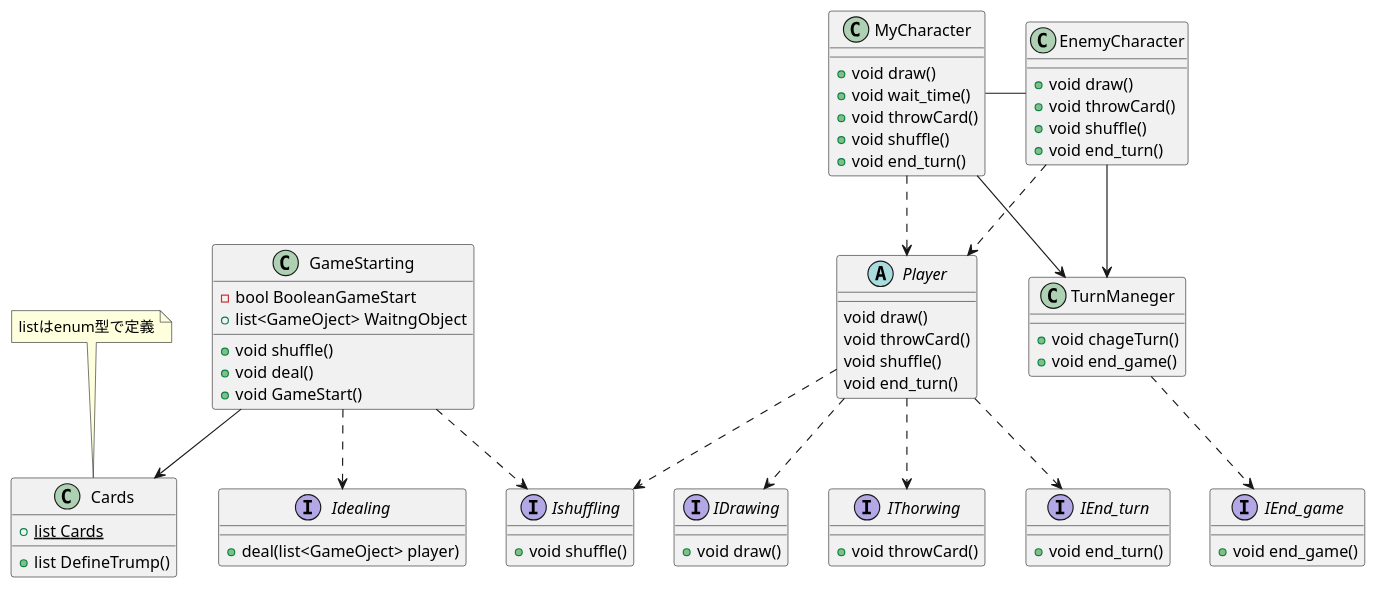
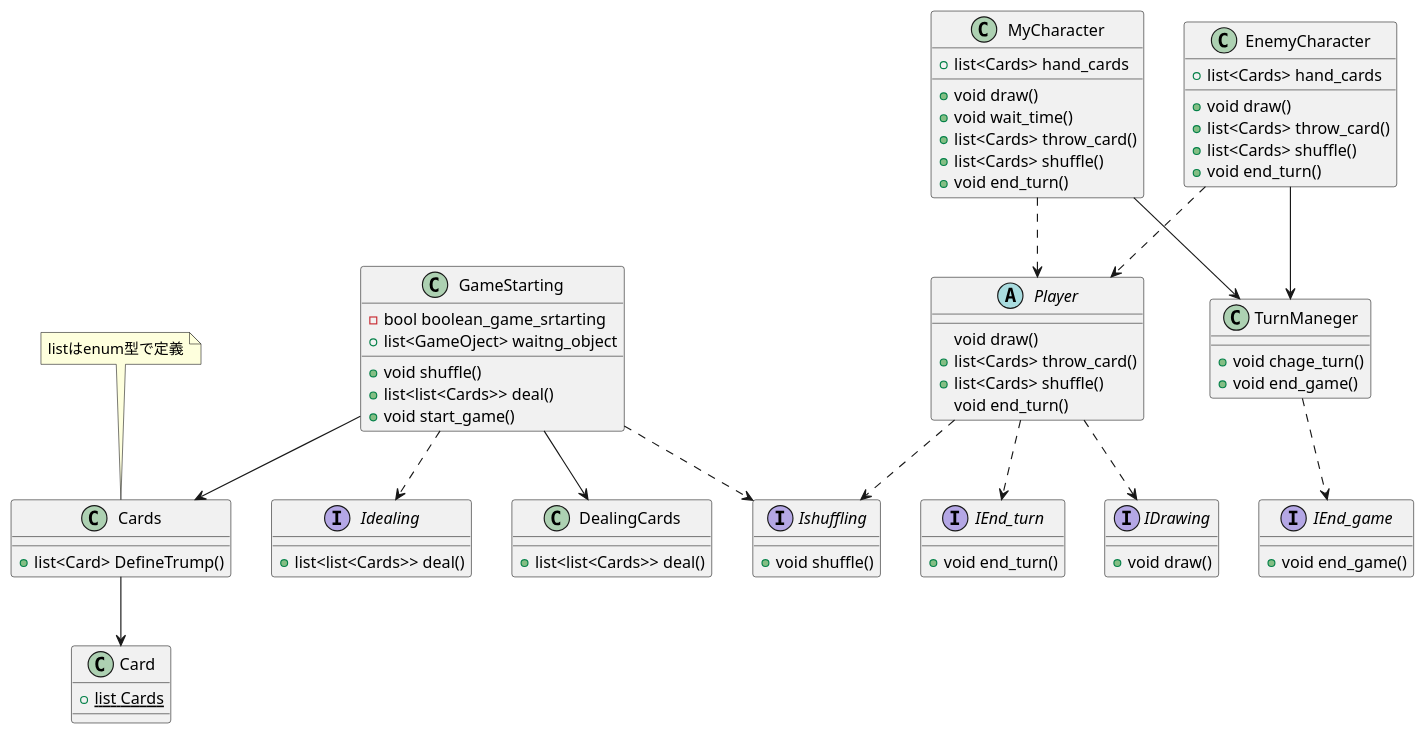
Before and after one commit to 44yyp9/TrumpGameAnthology: the diagram in Assets/Assets/script/Script_Architecture.pu, drawn with PlantUML. The commit also changed 1 other file, not shown here.

Commit message:
[Clean] Change_Script_Architecture_Map

```diff
--- a/Assets/Assets/script/Script_Architecture.pu
+++ b/Assets/Assets/script/Script_Architecture.pu
@@ -1,71 +1,74 @@
 @startuml CardGame
-
+class Card{
+  +{static} list Cards
+}
 class Cards{
-  +{static} list Cards
-  +list DefineTrump()
+  +list<Card> DefineTrump()
 }
 note top of Cards
   listはenum型で定義
 end note
 class GameStarting{
-  -bool BooleanGameStart
-  +list<GameOject> WaitngObject
+  -bool boolean_game_srtarting
+  +list<GameOject> waitng_object
   +void shuffle()
-  +void deal()
-  +void GameStart()
+  +list<list<Cards>> deal()
+  +void start_game()
+}
+class DealingCards{
+  +list<list<Cards>> deal()
 }
 interface Ishuffling{
   +void shuffle()
 }
 interface Idealing{
-  +deal(list<GameOject> player)
+  +list<list<Cards>> deal()
 }
 abstract class Player{
   void draw()
-  void throwCard()
-  void shuffle()
+  +list<Cards> throw_card()
+  +list<Cards> shuffle()
   void end_turn()
 }
 class MyCharacter{
+  +list<Cards> hand_cards
   +void draw()
   +void wait_time()
-  +void throwCard()
-  +void shuffle()
+  +list<Cards> throw_card()
+  +list<Cards> shuffle()
   +void end_turn()
 }
 class EnemyCharacter{
+  +list<Cards> hand_cards
   +void draw()
-  +void throwCard()
-  +void shuffle()
+  +list<Cards> throw_card()
+  +list<Cards> shuffle()
   +void end_turn()
 }
 class TurnManeger{
-  +void chageTurn()
+  +void chage_turn()
   +void end_game()
 }
 interface IDrawing{
   +void draw()
-}
-interface IThorwing{
-  +void throwCard()
 }
 interface IEnd_game{
   +void end_game()
 }
 interface IEnd_turn{
   +void end_turn()
 }
 GameStarting..>Ishuffling
 GameStarting..>Idealing
+GameStarting-->DealingCards
 MyCharacter..>Player
 EnemyCharacter..>Player
 TurnManeger..>IEnd_game
 Player..>IDrawing
-Player..>IThorwing
 Player..>IEnd_turn
 Player..>Ishuffling
-MyCharacter-EnemyCharacter
 MyCharacter-->TurnManeger
 EnemyCharacter-->TurnManeger
 GameStarting-->Cards
+Cards-->Card
 @enduml
```
